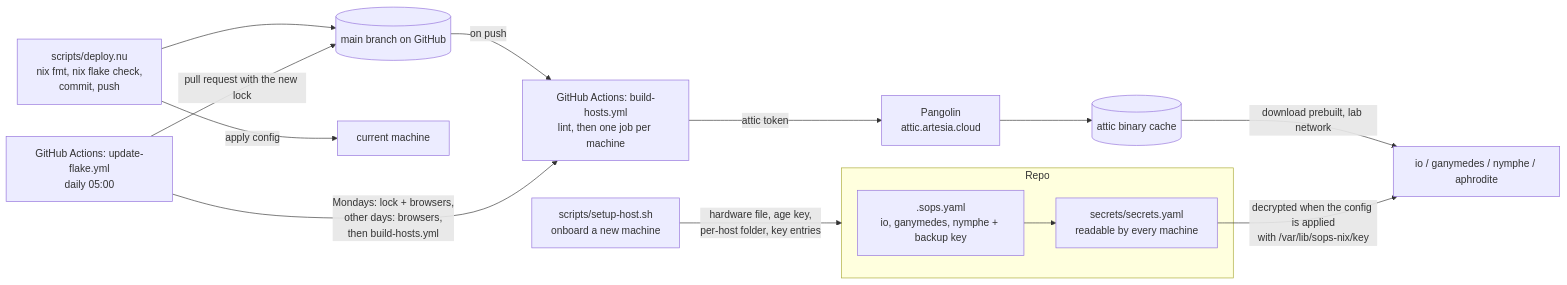
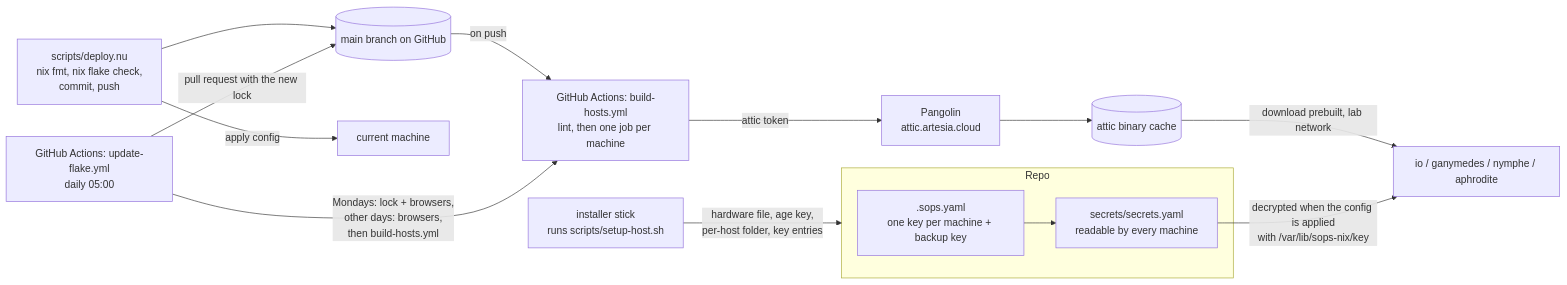
One commit to 68656c6c/celestial changed the second of 2 diagrams in docs/structure.md. Above: the diagram before and after it, drawn with Mermaid. The commit also changed other lines of this file and 11 other files, not shown here.

````diff
--- a/docs/structure.md
+++ b/docs/structure.md
@@ -158,22 +158,22 @@
 ```mermaid
 flowchart LR
     subgraph repo["Repo"]
-        sopscfg[".sops.yaml<br/>io, ganymedes, nymphe + backup key"]
+        sopscfg[".sops.yaml<br/>one key per machine + backup key"]
         secrets["secrets/secrets.yaml<br/>readable by every machine"]
         sopscfg --> secrets
     end
 
-    setup["scripts/setup-host.sh<br/>onboard a new machine"] -->|"hardware file, age key,<br/>per-host folder, key entries"| repo
+    setup["installer stick<br/>runs scripts/setup-host.sh"] -->|"hardware file, age key,<br/>per-host folder, key entries"| repo
 
     deploy["scripts/deploy.nu<br/>nix fmt, nix flake check,<br/>commit, push"] --> main[("main branch on GitHub")]
     deploy -->|"apply config"| local["current machine"]
 
     main -->|"on push"| ci["GitHub Actions: build-hosts.yml<br/>lint, then one job per machine"]
     ci -->|"attic token"| pangolin["Pangolin<br/>attic.artesia.cloud"]
     pangolin --> attic[("attic binary cache")]
     upd["GitHub Actions: update-flake.yml<br/>daily 05:00"] -->|"Mondays: lock + browsers,<br/>other days: browsers,<br/>then build-hosts.yml"| ci
     upd -->|"pull request with the new lock"| main
 
     attic -->|"download prebuilt, lab network"| hostsbox["io / ganymedes / nymphe / aphrodite"]
     secrets -->|"decrypted when the config is applied<br/>with /var/lib/sops-nix/key"| hostsbox
 ```
````
